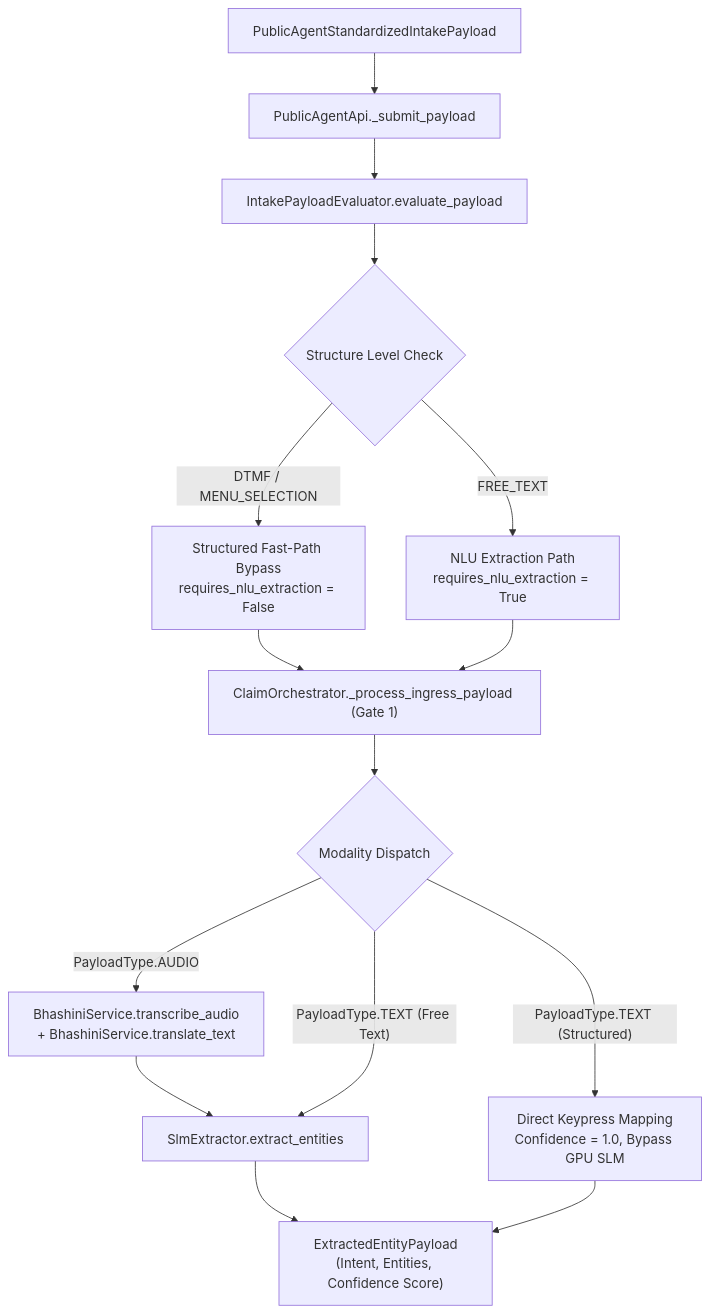
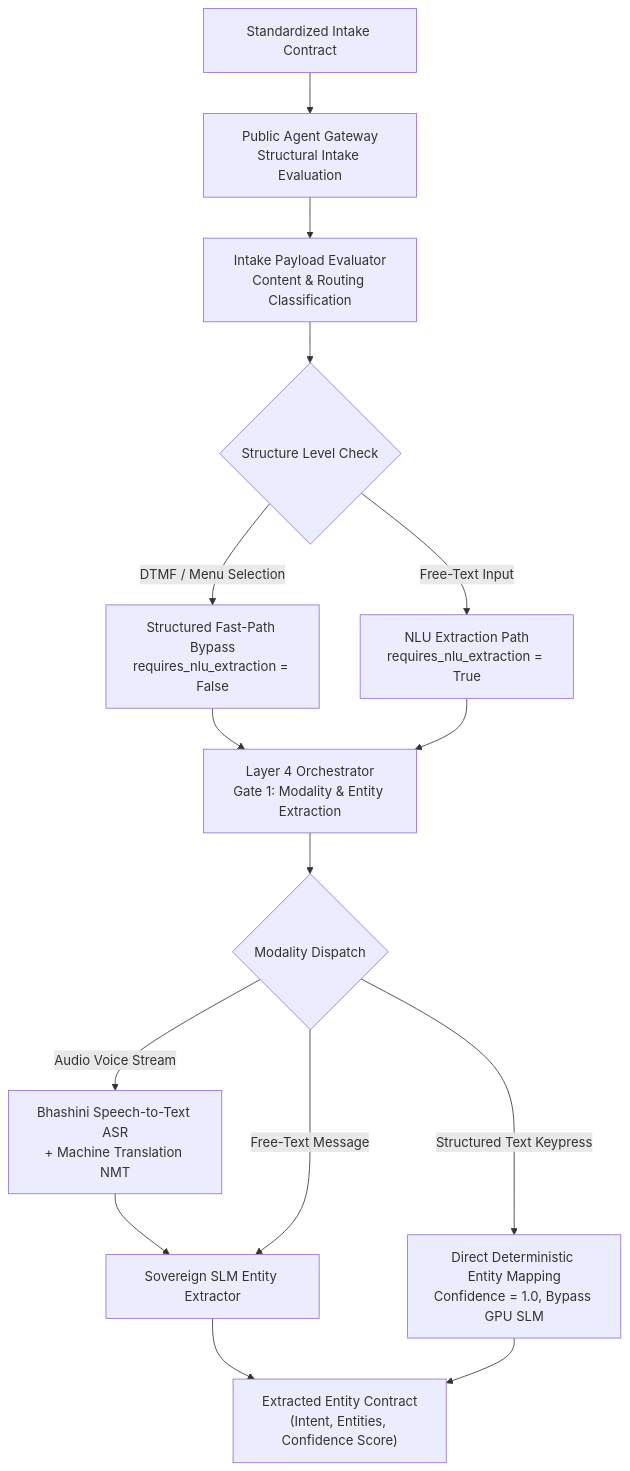
One commit to gargmishu/agristack-dbt-core changed the third of 6 diagrams in docs/end_to_end_code_flow.md. Above: the diagram before and after it, drawn with Mermaid. The commit also changed other lines of this file and 11 other files, not shown here.

````diff
--- a/docs/end_to_end_code_flow.md
+++ b/docs/end_to_end_code_flow.md
@@ -126,21 +126,21 @@
 ```mermaid
 flowchart TD
-    H["PublicAgentStandardizedIntakePayload"] --> I["PublicAgentApi._submit_payload"]
-    I --> J["IntakePayloadEvaluator.evaluate_payload"]
+    H["Standardized Intake Contract"] --> I["Public Agent Gateway<br/>Structural Intake Evaluation"]
+    I --> J["Intake Payload Evaluator<br/>Content & Routing Classification"]
     
     J --> K{"Structure Level Check"}
-    K -- "DTMF / MENU_SELECTION" --> L["Structured Fast-Path Bypass<br/>requires_nlu_extraction = False"]
-    K -- "FREE_TEXT" --> M["NLU Extraction Path<br/>requires_nlu_extraction = True"]
+    K -- "DTMF / Menu Selection" --> L["Structured Fast-Path Bypass<br/>requires_nlu_extraction = False"]
+    K -- "Free-Text Input" --> M["NLU Extraction Path<br/>requires_nlu_extraction = True"]
     
-    L --> N["ClaimOrchestrator._process_ingress_payload (Gate 1)"]
+    L --> N["Layer 4 Orchestrator<br/>Gate 1: Modality & Entity Extraction"]
     M --> N
 
     N --> O{"Modality Dispatch"}
-    O -- "PayloadType.AUDIO" --> P["BhashiniService.transcribe_audio<br/>+ BhashiniService.translate_text"]
-    P --> Q["SlmExtractor.extract_entities"]
-    O -- "PayloadType.TEXT (Structured)" --> R["Direct Keypress Mapping<br/>Confidence = 1.0, Bypass GPU SLM"]
-    O -- "PayloadType.TEXT (Free Text)" --> Q
+    O -- "Audio Voice Stream" --> P["Bhashini Speech-to-Text ASR<br/>+ Machine Translation NMT"]
+    P --> Q["Sovereign SLM Entity Extractor"]
+    O -- "Structured Text Keypress" --> R["Direct Deterministic Entity Mapping<br/>Confidence = 1.0, Bypass GPU SLM"]
+    O -- "Free-Text Message" --> Q
     
-    Q --> S["ExtractedEntityPayload<br/>(Intent, Entities, Confidence Score)"]
+    Q --> S["Extracted Entity Contract<br/>(Intent, Entities, Confidence Score)"]
     R --> S
 ```
````
